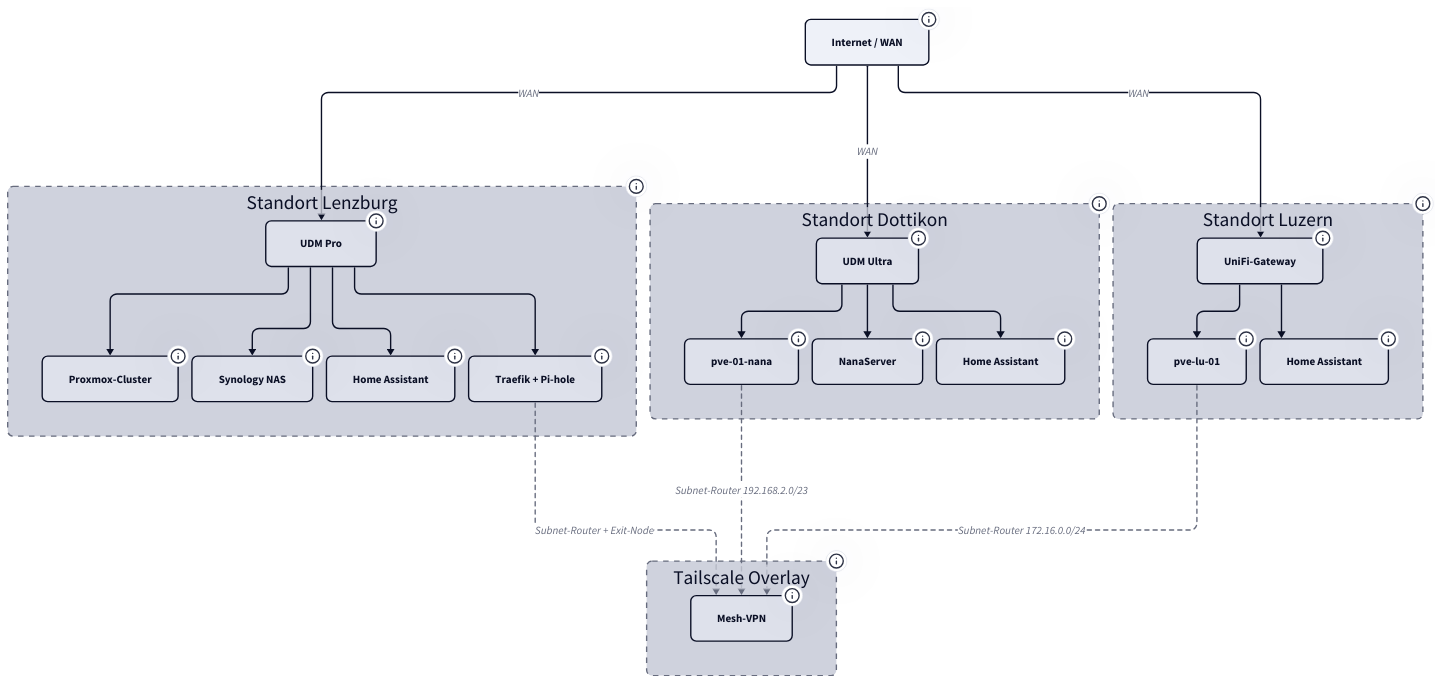
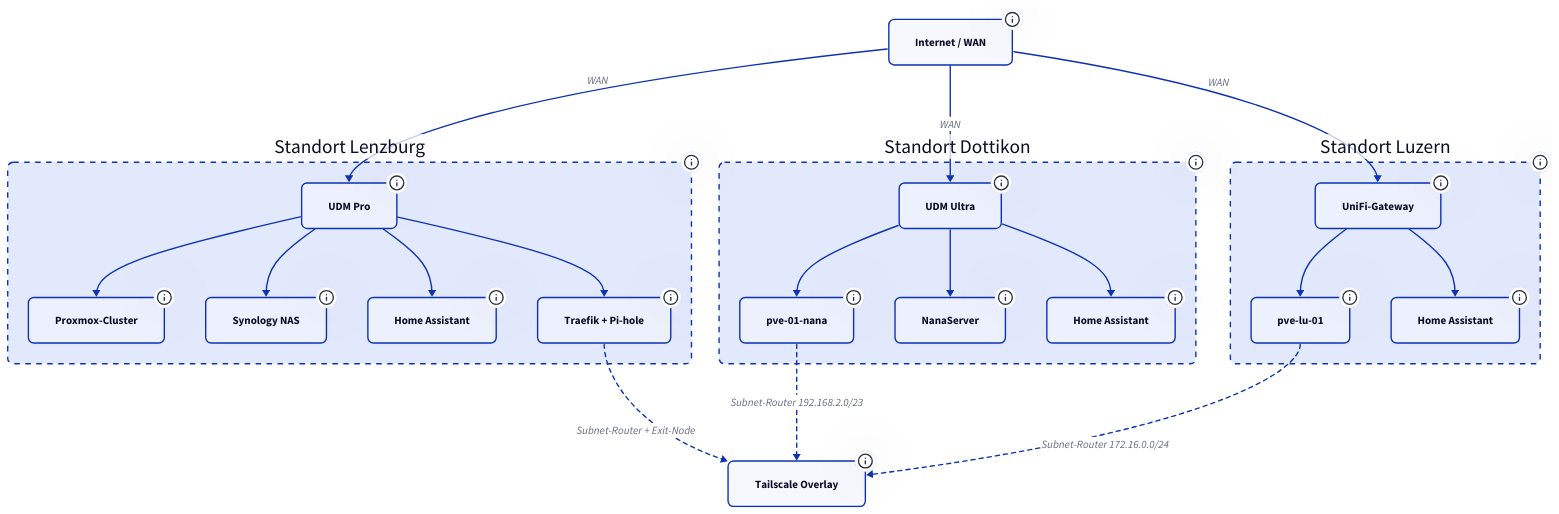
Before and after one commit to derever-labs/homelab-wiki: the first of 3 diagrams in docs/netzwerk/index.md, drawn with D2. The commit also changed other lines of this file and 9 other files, not shown here.

First line of the commit message:
docs(infrastruktur): Diagramme fuer TALA ueberarbeiten (Batch B2) (#100)

````diff
--- a/docs/netzwerk/index.md
+++ b/docs/netzwerk/index.md
@@ -20,22 +20,10 @@
 ```d2
-vars: {
-  d2-config: {
-    theme-id: 1
-    layout-engine: elk
-  }
-}
-direction: down
-
 classes: {
   site: {
     style.stroke-dash: 4
     style.border-radius: 8
   }
   node: {
-    style.border-radius: 8
-  }
-  overlay: {
-    style.stroke-dash: 4
     style.border-radius: 8
   }
   tslink: {
@@ -88,23 +76,22 @@
 }
 
 tailscale: Tailscale Overlay {
-  class: overlay
-  tooltip: "tag:homelab, 100.64.0.0/10"
-  tsmesh: Mesh-VPN { class: node; tooltip: "Subnet-Router je Standort verbinden die LANs" }
+  class: node
+  tooltip: "tag:homelab, 100.64.0.0/10 -- Subnet-Router je Standort verbinden die LANs"
 }
 
 internet -> lenzburg.lzgw: WAN
 internet -> dottikon.dogw: WAN
 internet -> luzern.lugw: WAN
 
-lenzburg.lzsvc -> tailscale.tsmesh: Subnet-Router + Exit-Node {
+lenzburg.lzsvc -> tailscale: Subnet-Router + Exit-Node {
   class: tslink
   tooltip: "vm-traefik-01/02, zusätzlich pve00"
 }
-dottikon.dopve -> tailscale.tsmesh: Subnet-Router 192.168.2.0/23 {
+dottikon.dopve -> tailscale: Subnet-Router 192.168.2.0/23 {
   class: tslink
 }
-luzern.lupve -> tailscale.tsmesh: Subnet-Router 172.16.0.0/24 {
+luzern.lupve -> tailscale: Subnet-Router 172.16.0.0/24 {
   class: tslink
   tooltip: "Route redundant auch via apple-tv"
 }
````
